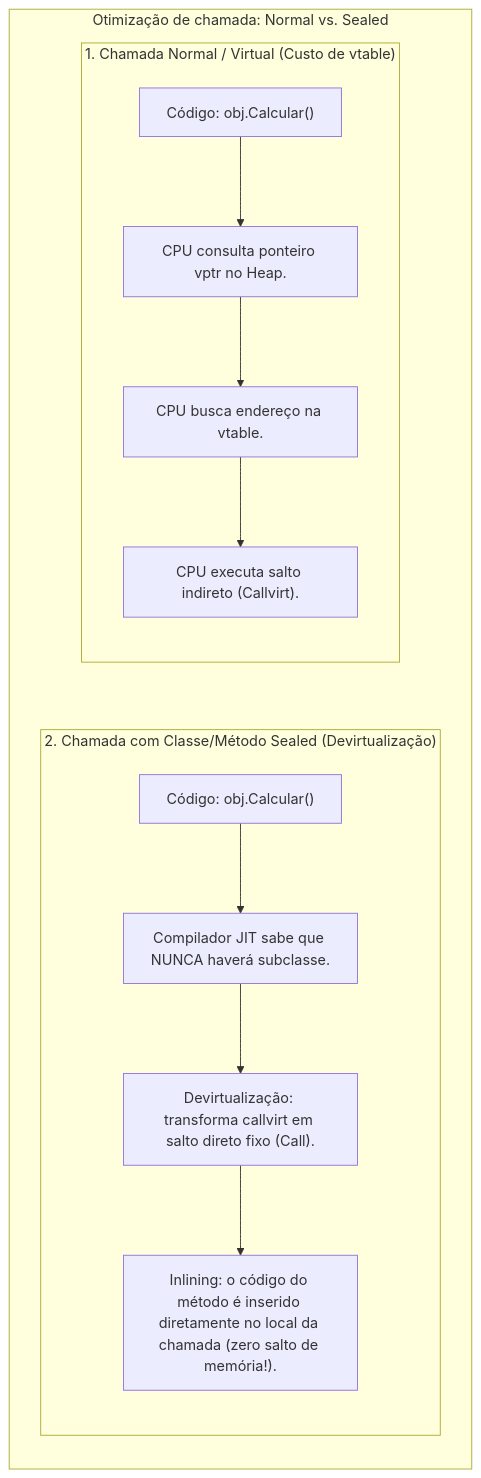
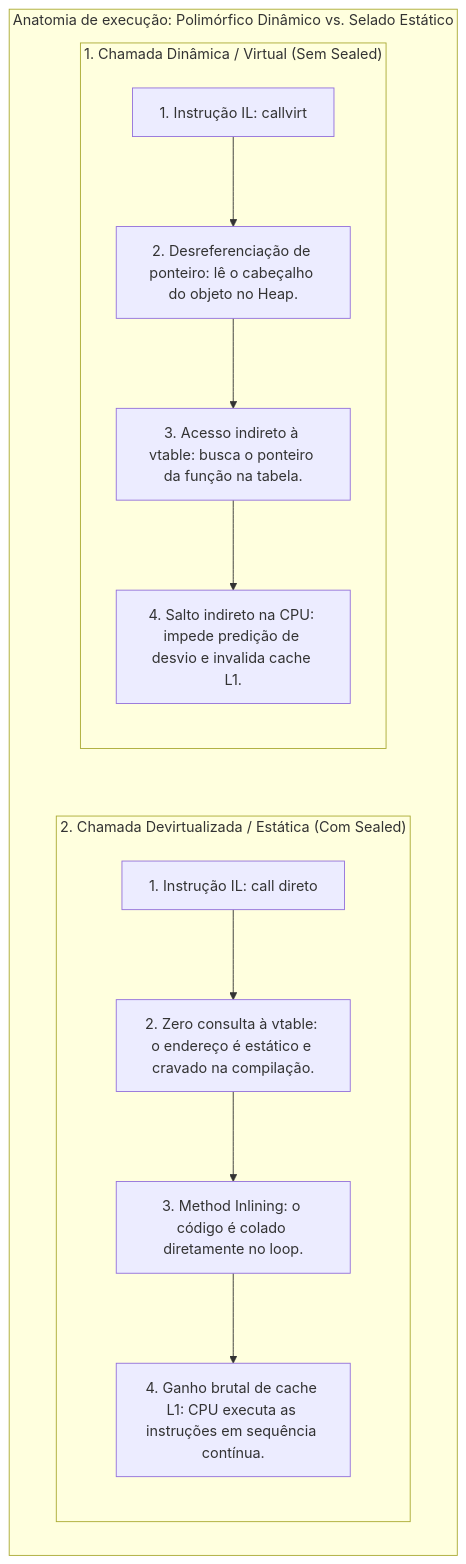
The fourth of 5 diagrams in 01. Programacao Modular/19. Classes e membros selados (sealed).md (leorruas/puc), drawn with Mermaid before and after one commit. The commit also changed other lines of this file, not shown here.

Commit message:
docs(pm): aprofunda o impacto de performance na devirtualizacao, inlining e cache L1 no artigo 19

````diff
--- a/01. Programacao Modular/19. Classes e membros selados (sealed).md
+++ b/01. Programacao Modular/19. Classes e membros selados (sealed).md
@@ -205,26 +205,26 @@
 ```mermaid
 flowchart TD
-    subgraph OtimizacaoJIT ["Otimização de chamada: Normal vs. Sealed"]
+    subgraph MecanicaExecucao ["Anatomia de execução: Polimórfico Dinâmico vs. Selado Estático"]
         direction TB
 
-        subgraph ChamadaPolimorfica ["1. Chamada Normal / Virtual (Custo de vtable)"]
+        subgraph FluxoDinamico ["1. Chamada Dinâmica / Virtual (Sem Sealed)"]
             direction TB
-            V1["Código: obj.Calcular()"]
-            V2["CPU consulta ponteiro vptr no Heap."]
-            V3["CPU busca endereço na vtable."]
-            V4["CPU executa salto indireto (Callvirt)."]
-            V1 --> V2 --> V3 --> V4
+            D1["1. Instrução IL: callvirt"]
+            D2["2. Desreferenciação de ponteiro: lê o cabeçalho do objeto no Heap."]
+            D3["3. Acesso indireto à vtable: busca o ponteiro da função na tabela."]
+            D4["4. Salto indireto na CPU: impede predição de desvio e invalida cache L1."]
+            D1 --> D2 --> D3 --> D4
         end
 
-        subgraph ChamadaSelada ["2. Chamada com Classe/Método Sealed (Devirtualização)"]
+        subgraph FluxoSelado ["2. Chamada Devirtualizada / Estática (Com Sealed)"]
             direction TB
-            S1["Código: obj.Calcular()"]
-            S2["Compilador JIT sabe que NUNCA haverá subclasse."]
-            S3["Devirtualização: transforma callvirt em salto direto fixo (Call)."]
-            S4["Inlining: o código do método é inserido diretamente no local da chamada (zero salto de memória!)."]
+            S1["1. Instrução IL: call direto"]
+            S2["2. Zero consulta à vtable: o endereço é estático e cravado na compilação."]
+            S3["3. Method Inlining: o código é colado diretamente no loop."]
+            S4["4. Ganho brutal de cache L1: CPU executa as instruções em sequência contínua."]
             S1 --> S2 --> S3 --> S4
         end
 
-        ChamadaPolimorfica ~~~ ChamadaSelada
+        FluxoDinamico ~~~ FluxoSelado
     end
 ```
````
